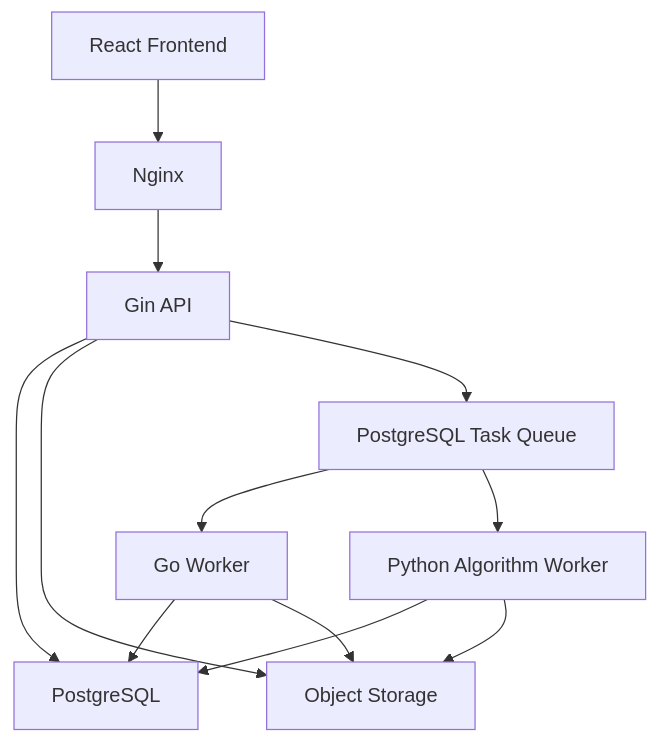
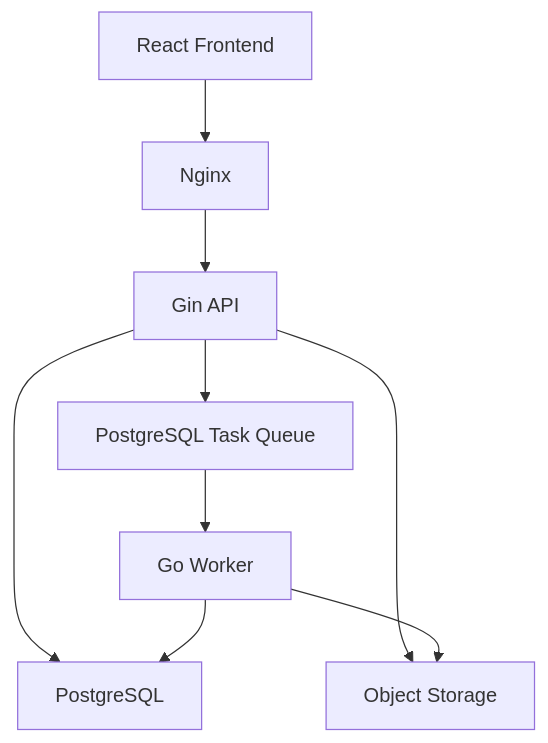
Before and after one commit to TJUAnt/ctbzbricks: the diagram in docs/go_component_migration_plan.md, drawn with Mermaid. The commit also changed other lines of this file and 152 other files, not shown here.

````diff
--- a/docs/go_component_migration_plan.md
+++ b/docs/go_component_migration_plan.md
@@ -31,14 +33,11 @@
 ```mermaid
 flowchart TD
     UI["React Frontend"] --> Nginx["Nginx"]
     Nginx --> API["Gin API"]
     API --> DB["PostgreSQL"]
     API --> Storage["Object Storage"]
     API --> Jobs["PostgreSQL Task Queue"]
     Jobs --> GoWorker["Go Worker"]
-    Jobs --> PyWorker["Python Algorithm Worker"]
     GoWorker --> DB
     GoWorker --> Storage
-    PyWorker --> DB
-    PyWorker --> Storage
 ```
````
